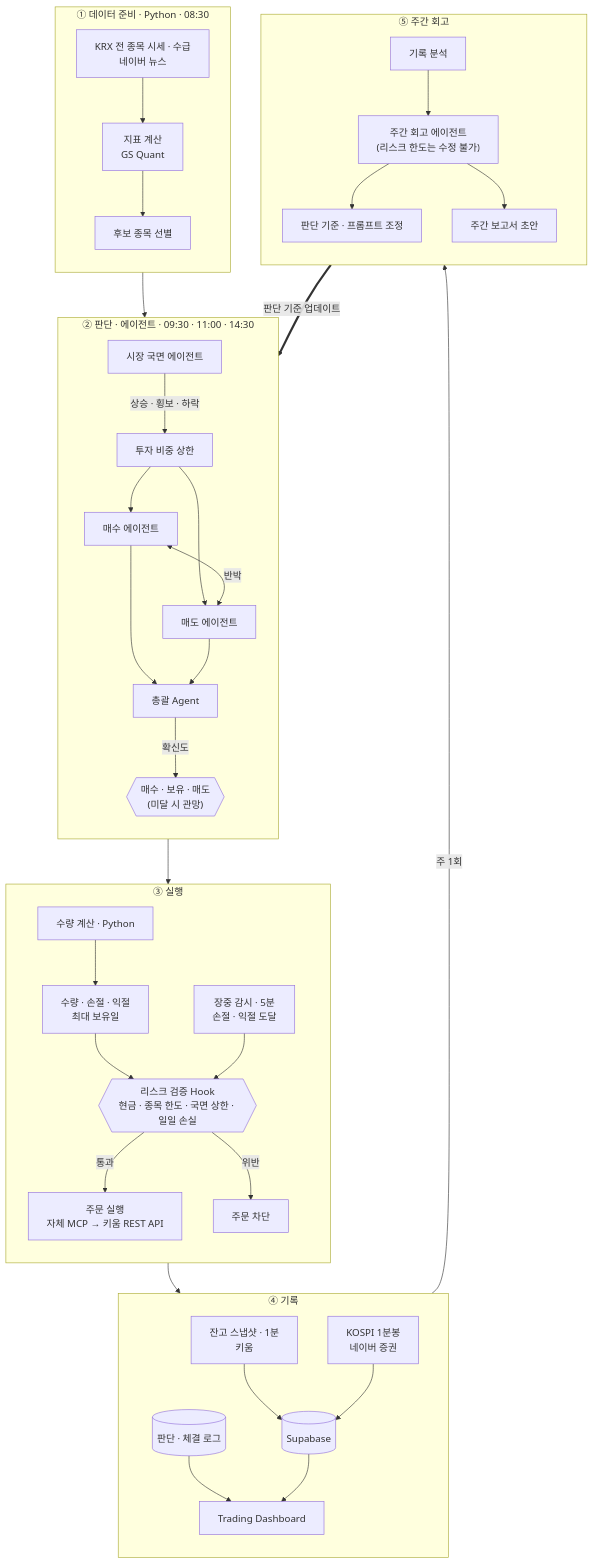
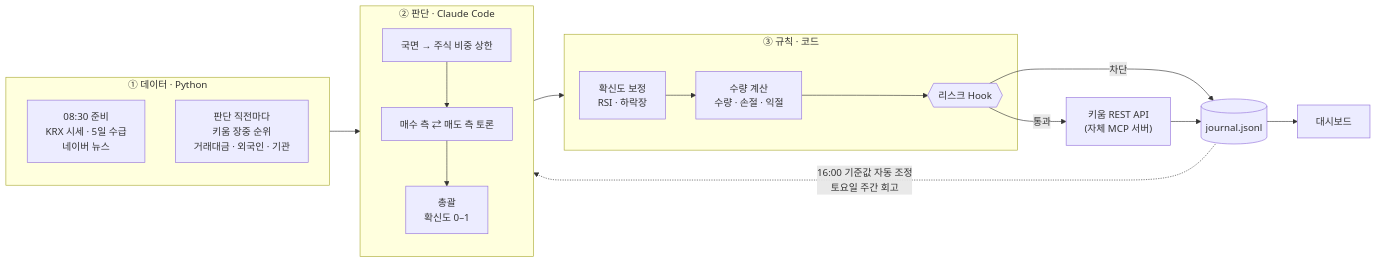
Before and after one commit to isopink/hynix-298f: the first of 3 diagrams in README.ko.md, drawn with Mermaid. The commit also changed other lines of this file and 6 other files, not shown here.

````diff
--- a/README.ko.md
+++ b/README.ko.md
@@ -51,40 +50,28 @@
 ```mermaid
-flowchart TB
-    subgraph S1["① 데이터 준비 · Python · 08:30"]
-        direction TB
-        A1["KRX 전 종목 시세 · 수급<br/>네이버 뉴스"] --> A2["지표 계산<br/>GS Quant"] --> A3["후보 종목 선별"]
+flowchart LR
+    subgraph DATA["① 데이터 · Python"]
+        D1["08:30 준비<br/>KRX 시세 · 5일 수급<br/>네이버 뉴스"]
+        D2["판단 직전마다<br/>키움 장중 순위<br/>거래대금 · 외국인 · 기관"]
     end
-    subgraph S2["② 판단 · 에이전트 · 09:30 · 11:00 · 14:30"]
-        direction TB
-        B1["시장 국면 에이전트"] -->|상승 · 횡보 · 하락| B2["투자 비중 상한"]
-        B2 --> C1["매수 에이전트"]
-        B2 --> C2["매도 에이전트"]
-        C1 <-->|반박| C2
-        C1 --> E1["총괄 Agent"]
-        C2 --> E1
-        E1 -->|확신도| E2{{"매수 · 보유 · 매도<br/>(미달 시 관망)"}}
+    subgraph AGENT["② 판단 · Claude Code"]
+        A1["국면 → 주식 비중 상한"]
+        A2["매수 측 ⇄ 매도 측 토론"]
+        A3["총괄<br/>확신도 0–1"]
+        A1 --> A2 --> A3
     end
-    subgraph S3["③ 실행"]
-        direction TB
-        F1["수량 계산 · Python"] --> F2["수량 · 손절 · 익절<br/>최대 보유일"] --> G{{"리스크 검증 Hook<br/>현금 · 종목 한도 · 국면 상한 · 일일 손실"}}
-        M["장중 감시 · 5분<br/>손절 · 익절 도달"] --> G
-        G -->|통과| H["주문 실행<br/>자체 MCP → 키움 REST API"]
-        G -->|위반| X["주문 차단"]
+    subgraph RULES["③ 규칙 · 코드"]
+        R1["확신도 보정<br/>RSI · 하락장"]
+        R2["수량 계산<br/>수량 · 손절 · 익절"]
+        R3{{"리스크 Hook"}}
+        R1 --> R2 --> R3
     end
-    subgraph S4["④ 기록"]
-        direction TB
-        I[("판단 · 체결 로그")] --> K["Trading Dashboard"]
-        L["잔고 스냅샷 · 1분<br/>키움"] --> SB[("Supabase")]
-        N["KOSPI 1분봉<br/>네이버 증권"] --> SB
-        SB --> K
-    end
-    subgraph S5["⑤ 주간 회고"]
-        direction TB
-        J1["기록 분석"] --> J2["주간 회고 에이전트<br/>(리스크 한도는 수정 불가)"]
-        J2 --> J3["판단 기준 · 프롬프트 조정"]
-        J2 --> J4["주간 보고서 초안"]
-    end
-    S1 --> S2 --> S3 --> S4
-    S4 -->|주 1회| S5
-    S5 == "판단 기준 업데이트" ==> S2
+    K["키움 REST API<br/>(자체 MCP 서버)"]
+    LOG[("journal.jsonl")]
+    WEB["대시보드"]
+
+    DATA --> AGENT --> RULES
+    R3 -- 통과 --> K
+    R3 -- 차단 --> LOG
+    K --> LOG --> WEB
+    LOG -. "16:00 기준값 자동 조정<br/>토요일 주간 회고" .-> AGENT
 ```
````
